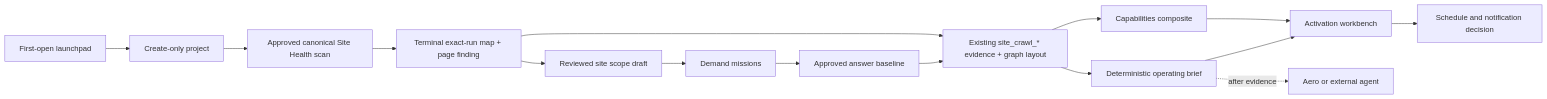
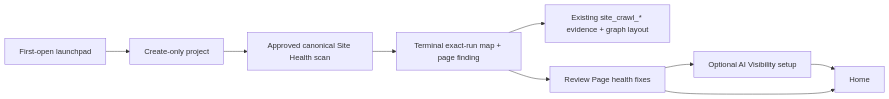
Before and after one commit to AINYC/canonry: the diagram in docs/oss-onboarding-evaluation.md, drawn with Mermaid. The commit also changed other lines of this file and 21 other files, not shown here.

````diff
--- a/docs/oss-onboarding-evaluation.md
+++ b/docs/oss-onboarding-evaluation.md
@@ -520,17 +501,11 @@
 ```mermaid
 flowchart LR
   L["First-open launchpad"] --> P["Create-only project"]
   P --> S["Approved canonical Site Health scan"]
   S --> X["Terminal exact-run map + page finding"]
   X --> D["Existing site_crawl_* evidence + graph layout"]
-  X --> M["Reviewed site scope draft"]
-  D --> C["Capabilities composite"]
-  D --> B["Deterministic operating brief"]
-  C --> W["Activation workbench"]
-  B --> W
-  M --> Q["Demand missions"]
-  Q --> R["Approved answer baseline"]
-  R --> D
-  W --> H["Schedule and notification decision"]
-  B -. "after evidence" .-> A["Aero or external agent"]
+  X --> F["Review Page health fixes"]
+  F --> V["Optional AI Visibility setup"]
+  V --> H["Home"]
+  F --> H
 ```
````
